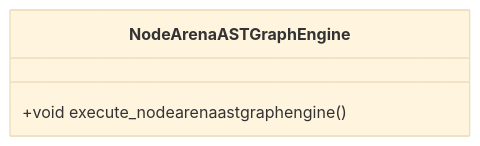
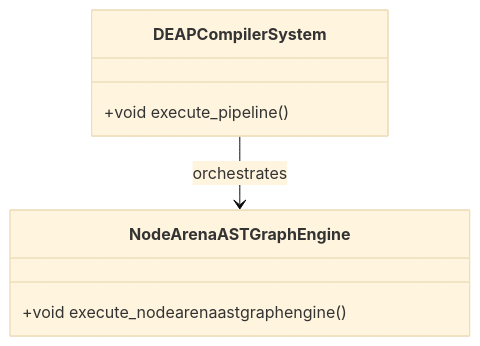
One commit to gintatkinson/dumpiler-01 changed the diagram in docs/features/FEAT-16-NodeArenaASTGraphEngine.md. Above: the diagram before and after it, drawn with Mermaid (base theme). The commit also changed other lines of this file and 90 other files, not shown here.

````diff
--- a/docs/features/FEAT-16-NodeArenaASTGraphEngine.md
+++ b/docs/features/FEAT-16-NodeArenaASTGraphEngine.md
@@ -25,6 +25,10 @@
 ```mermaid
 classDiagram
+    class DEAPCompilerSystem {
+        +void execute_pipeline()
+    }
     class NodeArenaASTGraphEngine {
         +void execute_nodearenaastgraphengine()
     }
+    DEAPCompilerSystem --> NodeArenaASTGraphEngine : orchestrates
 ```
````
